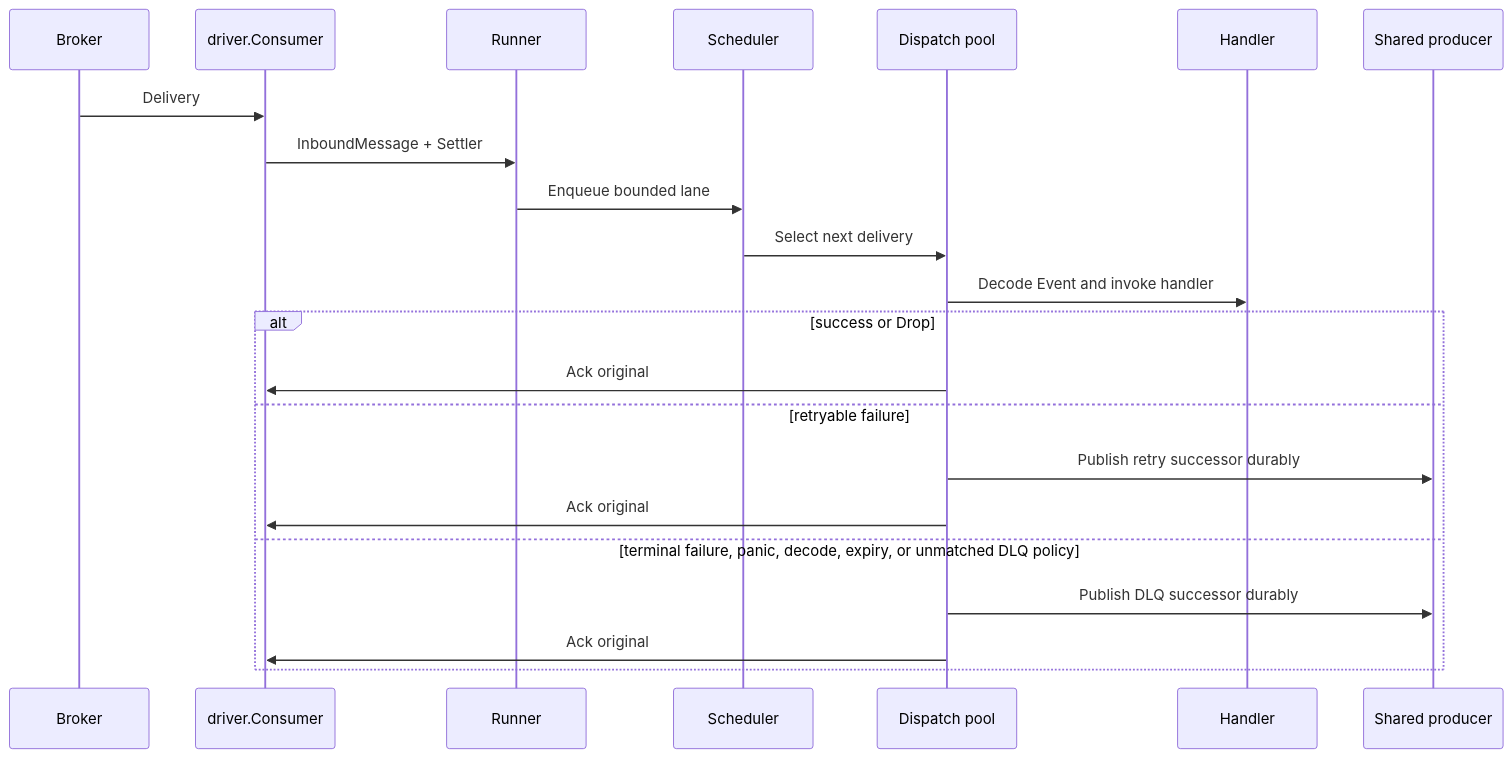
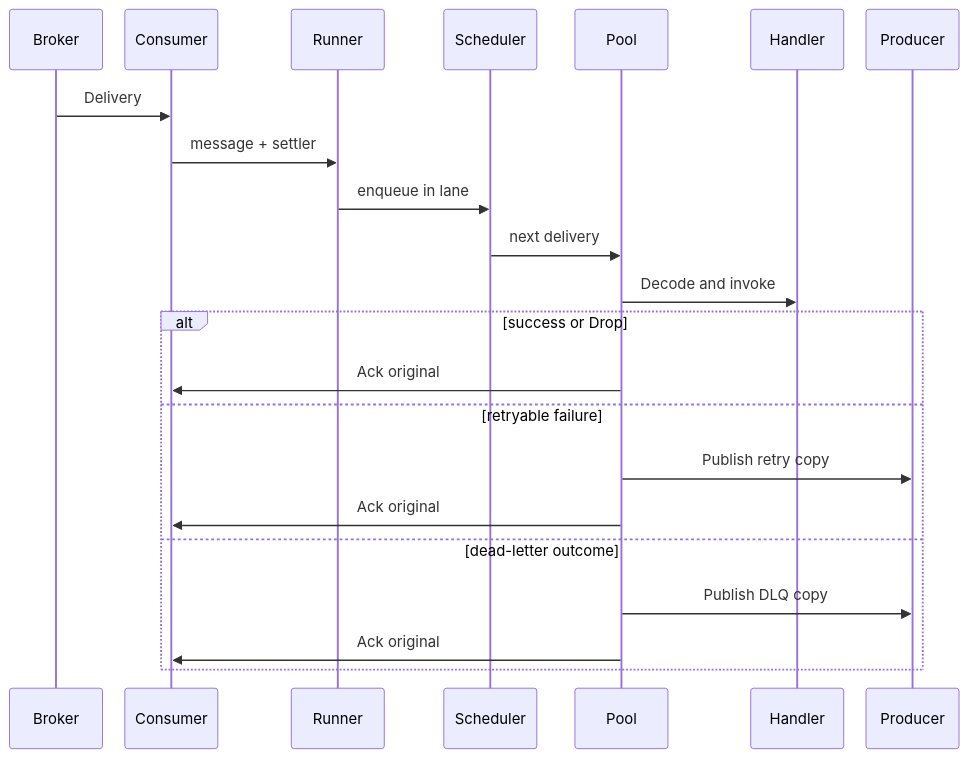
The third of 4 diagrams in docs/development/architecture.md (bktrung/edm_sdk), drawn with Mermaid before and after one commit. The commit also changed other lines of this file and 242 other files, not shown here.

````diff
--- a/docs/development/architecture.md
+++ b/docs/development/architecture.md
@@ -73,25 +86,26 @@
 ```mermaid
+%%{init: {"sequence": {"actorMargin": 24, "width": 100}}}%%
 sequenceDiagram
     participant B as Broker
-    participant D as driver.Consumer
+    participant D as Consumer
     participant R as Runner
     participant S as Scheduler
-    participant W as Dispatch pool
+    participant W as Pool
     participant H as Handler
-    participant P as Shared producer
+    participant P as Producer
 
     B->>D: Delivery
-    D->>R: InboundMessage + Settler
-    R->>S: Enqueue bounded lane
-    S->>W: Select next delivery
-    W->>H: Decode Event and invoke handler
+    D->>R: message + settler
+    R->>S: enqueue in lane
+    S->>W: next delivery
+    W->>H: Decode and invoke
     alt success or Drop
         W->>D: Ack original
     else retryable failure
-        W->>P: Publish retry successor durably
+        W->>P: Publish retry copy
         W->>D: Ack original
-    else terminal failure, panic, decode, expiry, or unmatched DLQ policy
-        W->>P: Publish DLQ successor durably
+    else dead-letter outcome
+        W->>P: Publish DLQ copy
         W->>D: Ack original
     end
 ```
````
